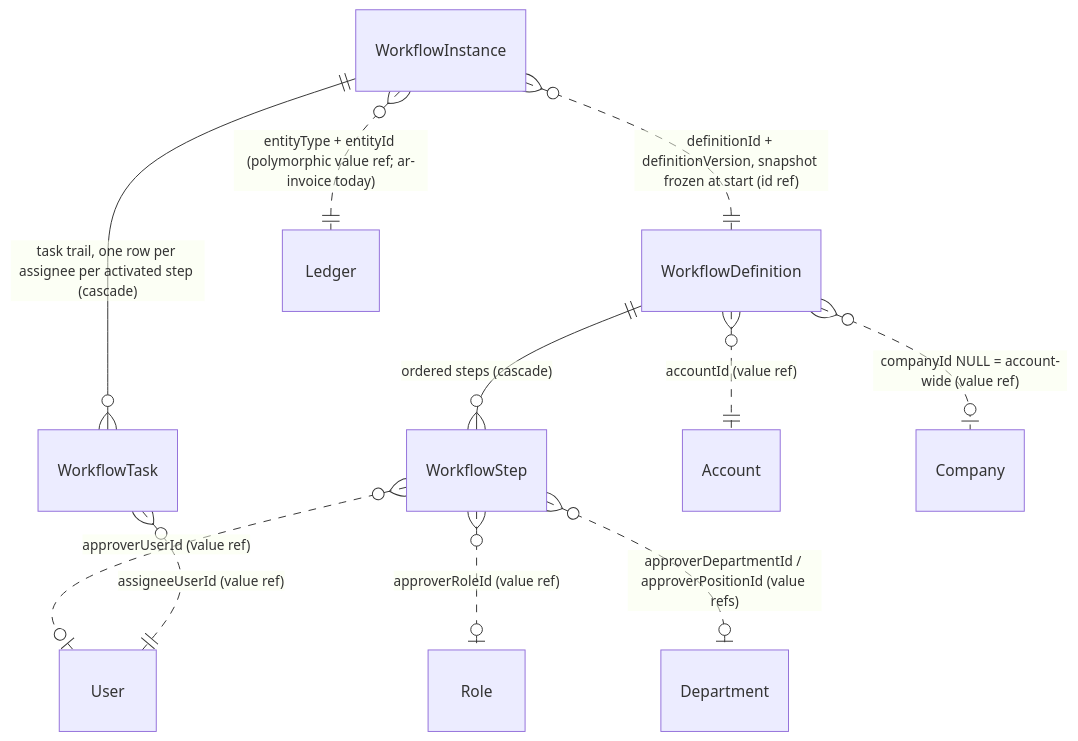
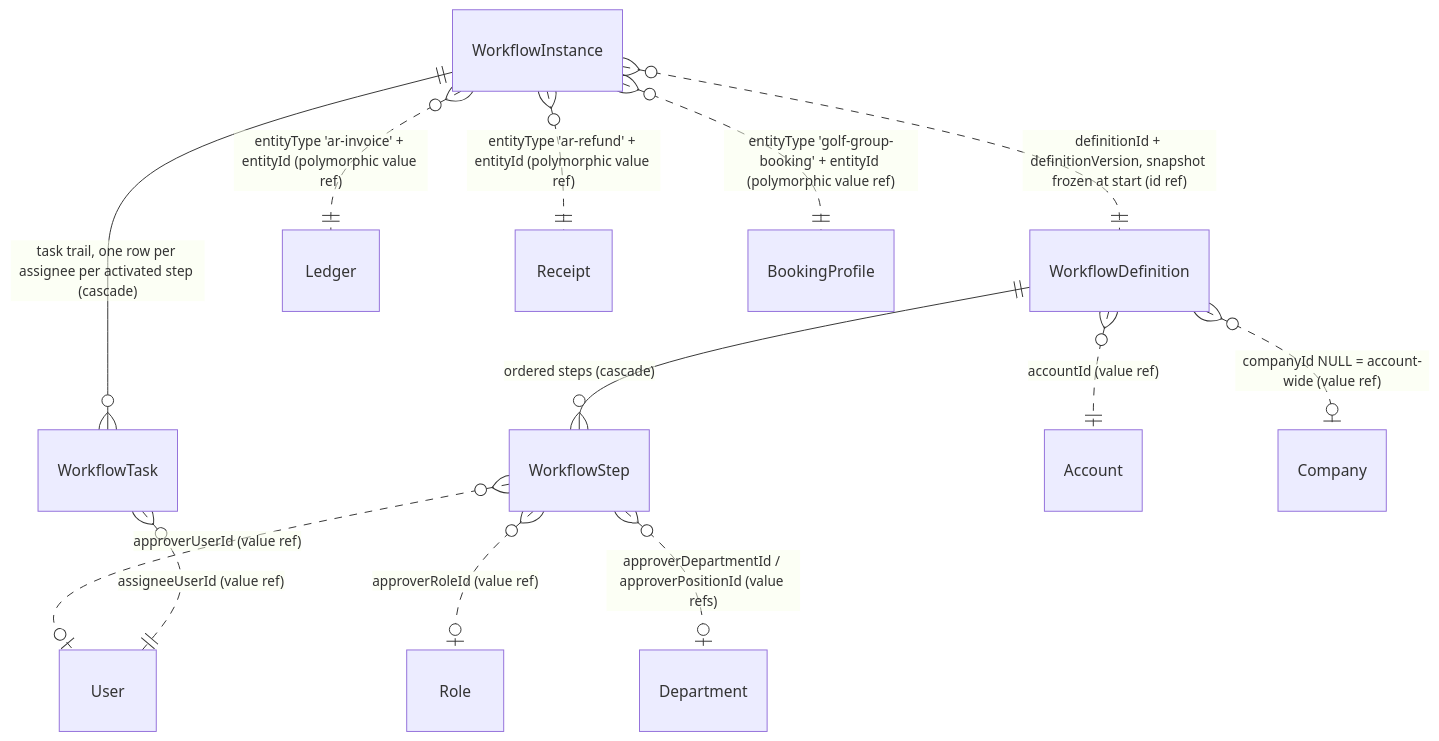
Before and after one commit to hsfun360/saas-platform: the sixth of 8 diagrams in docs/data-model.md, drawn with Mermaid. The commit also changed other lines of this file and 1 other file, not shown here.

````diff
--- a/docs/data-model.md
+++ b/docs/data-model.md
@@ -196,13 +275,15 @@
 ```mermaid
 erDiagram
     WorkflowDefinition ||--o{ WorkflowStep : "ordered steps (cascade)"
     WorkflowInstance ||--o{ WorkflowTask : "task trail, one row per assignee per activated step (cascade)"
     WorkflowInstance }o..|| WorkflowDefinition : "definitionId + definitionVersion, snapshot frozen at start (id ref)"
     WorkflowDefinition }o..|| Account : "accountId (value ref)"
     WorkflowDefinition }o..o| Company : "companyId NULL = account-wide (value ref)"
     WorkflowStep }o..o| Role : "approverRoleId (value ref)"
     WorkflowStep }o..o| Department : "approverDepartmentId / approverPositionId (value refs)"
     WorkflowStep }o..o| User : "approverUserId (value ref)"
     WorkflowTask }o..|| User : "assigneeUserId (value ref)"
-    WorkflowInstance }o..|| Ledger : "entityType + entityId (polymorphic value ref; ar-invoice today)"
+    WorkflowInstance }o..|| Ledger : "entityType 'ar-invoice' + entityId (polymorphic value ref)"
+    WorkflowInstance }o..|| Receipt : "entityType 'ar-refund' + entityId (polymorphic value ref)"
+    WorkflowInstance }o..|| BookingProfile : "entityType 'golf-group-booking' + entityId (polymorphic value ref)"
 ```
````
